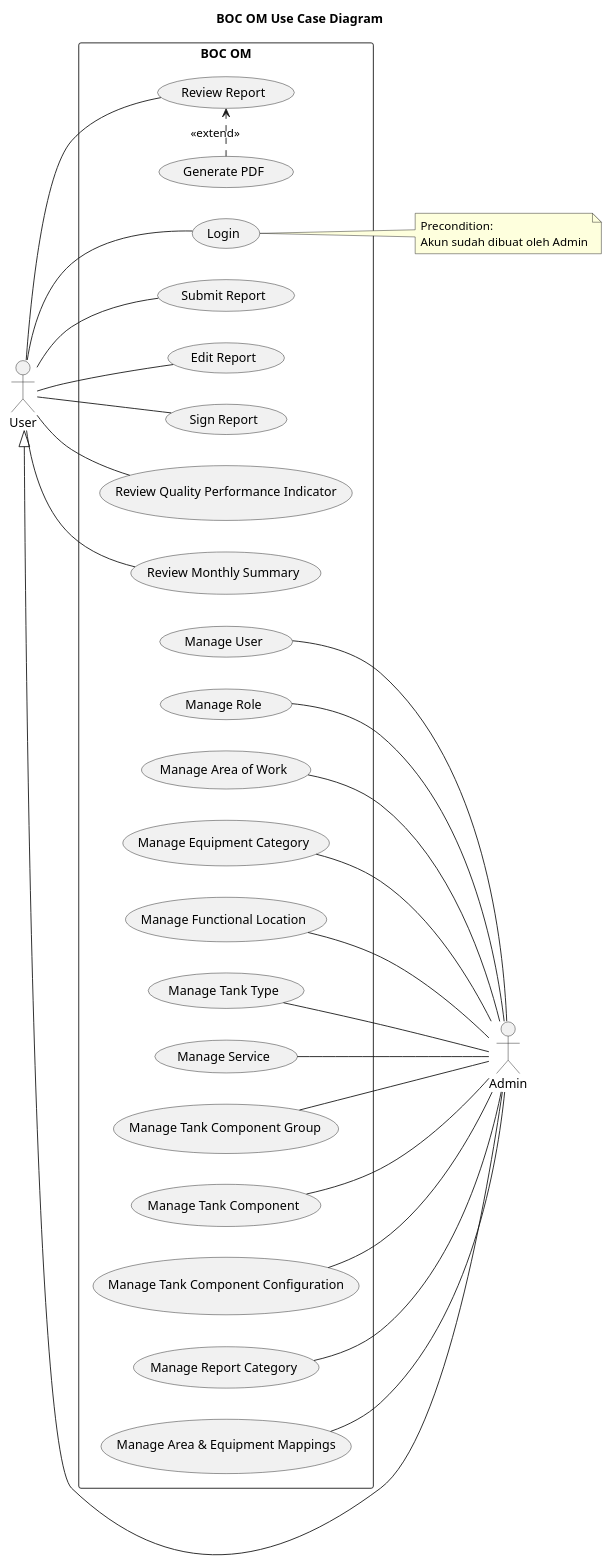
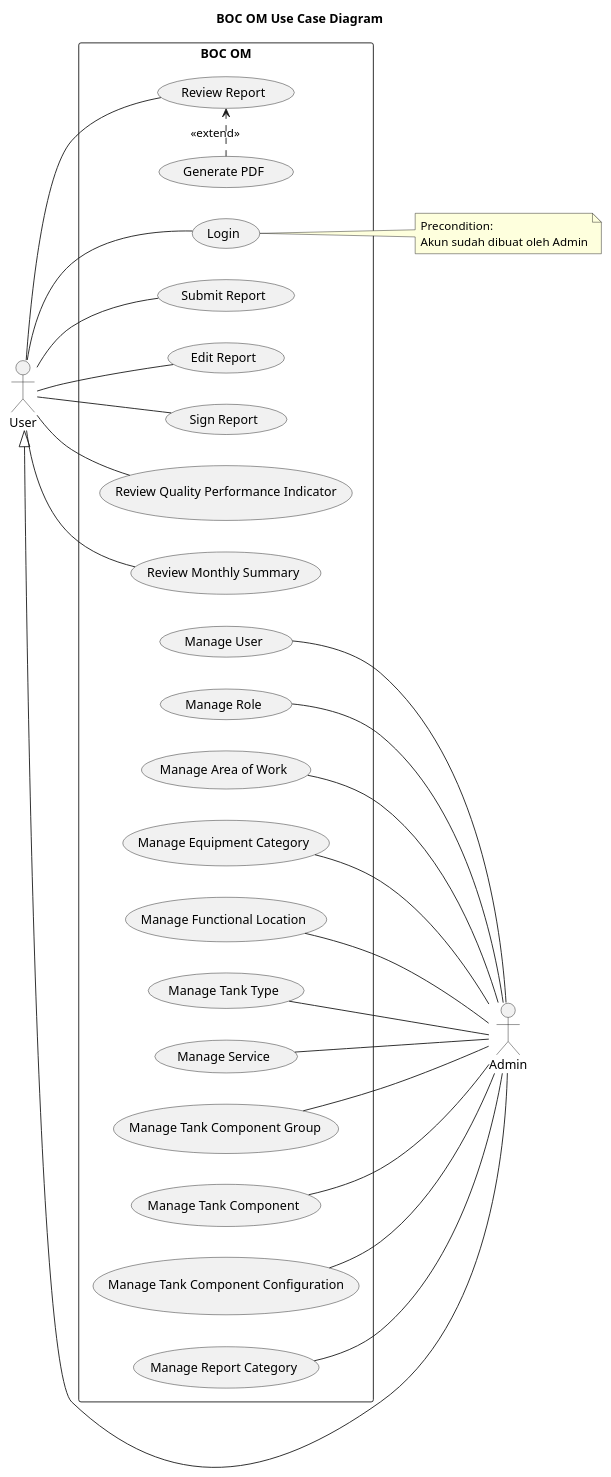
Before and after one commit to billdansr/kanban-boc-om: the first of 4 diagrams in Kanban/01-Requirements.md, drawn with PlantUML. The commit also changed other lines of this file and 10 other files, not shown here.

````diff
--- a/Kanban/01-Requirements.md
+++ b/Kanban/01-Requirements.md
@@ -3,64 +3,62 @@
 ```plantuml
 @startuml
 title BOC OM Use Case Diagram
 
 left to right direction
 
 actor "User" as user
 actor "Admin" as admin
 
 user <|-- admin
 
 rectangle "BOC OM" {
   (Login) as login
   (Submit Report) as report
   (Review Report) as review
   (Edit Report) as edit
   (Sign Report) as sign
   (Generate PDF) as generatepdf
   (Review Quality Performance Indicator) as qpi
   (Review Monthly Summary) as summary
   
   (Manage User) as manageuser
   (Manage Role) as managerole
   (Manage Area of Work) as managearea
   (Manage Equipment Category) as manageequipment
   (Manage Functional Location) as managelocation
   (Manage Tank Type) as managetanktype
   (Manage Service) as manageservice
   (Manage Tank Component Group) as managetankcomponentgroup
   (Manage Tank Component) as managetankcomponent
   (Manage Tank Component Configuration) as managetankcomponentconfiguration
   (Manage Report Category) as managereportcategory
-  (Manage Area & Equipment Mappings) as manageareaequipment
   
   generatepdf .> review : <<extend>>
 }
 
 user -- login
 user -- report
 user -- review
 user -- edit
 user -- sign
 user -- qpi
 user -- summary
 
 manageuser -- admin
 managerole -- admin
 managearea -- admin
 manageequipment -- admin
 managelocation -- admin
 managetanktype -- admin
 manageservice -- admin
 managetankcomponentgroup -- admin
 managetankcomponent -- admin
 managetankcomponentconfiguration -- admin
 managereportcategory -- admin
-manageareaequipment -- admin
 
 note right of login
   Precondition:
   Akun sudah dibuat oleh Admin
 end note
 @enduml
 ```
````
